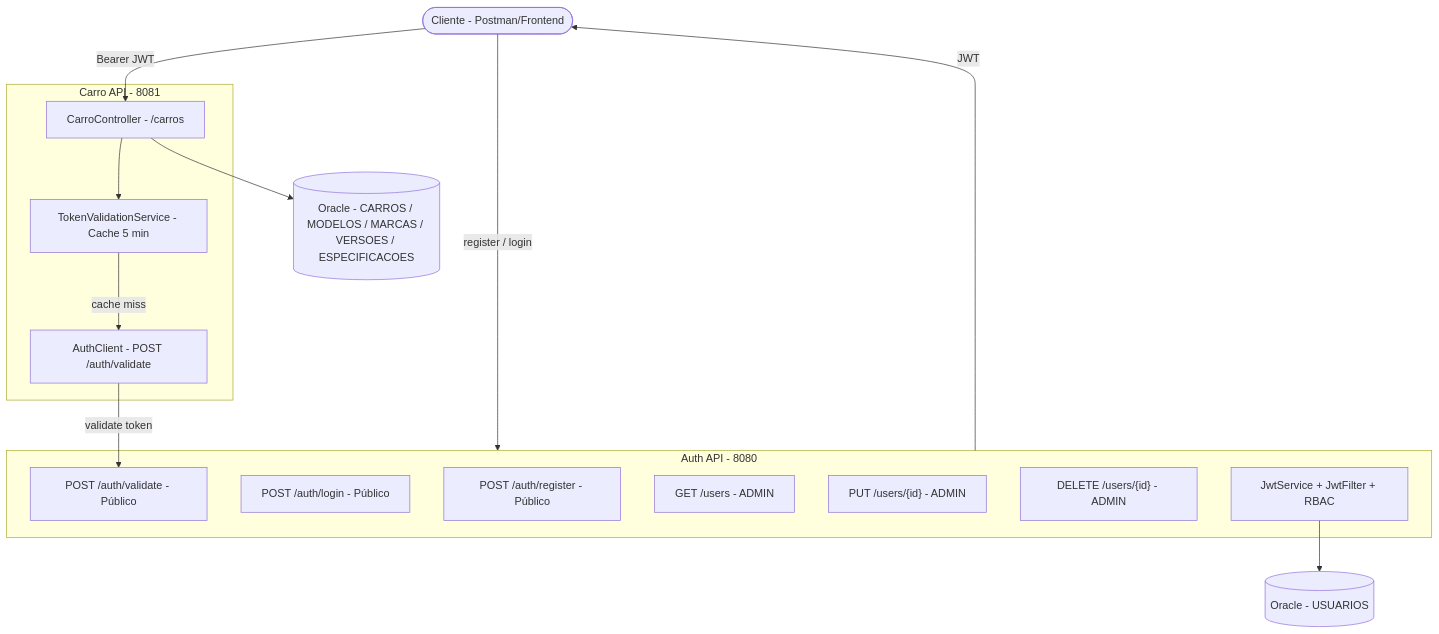
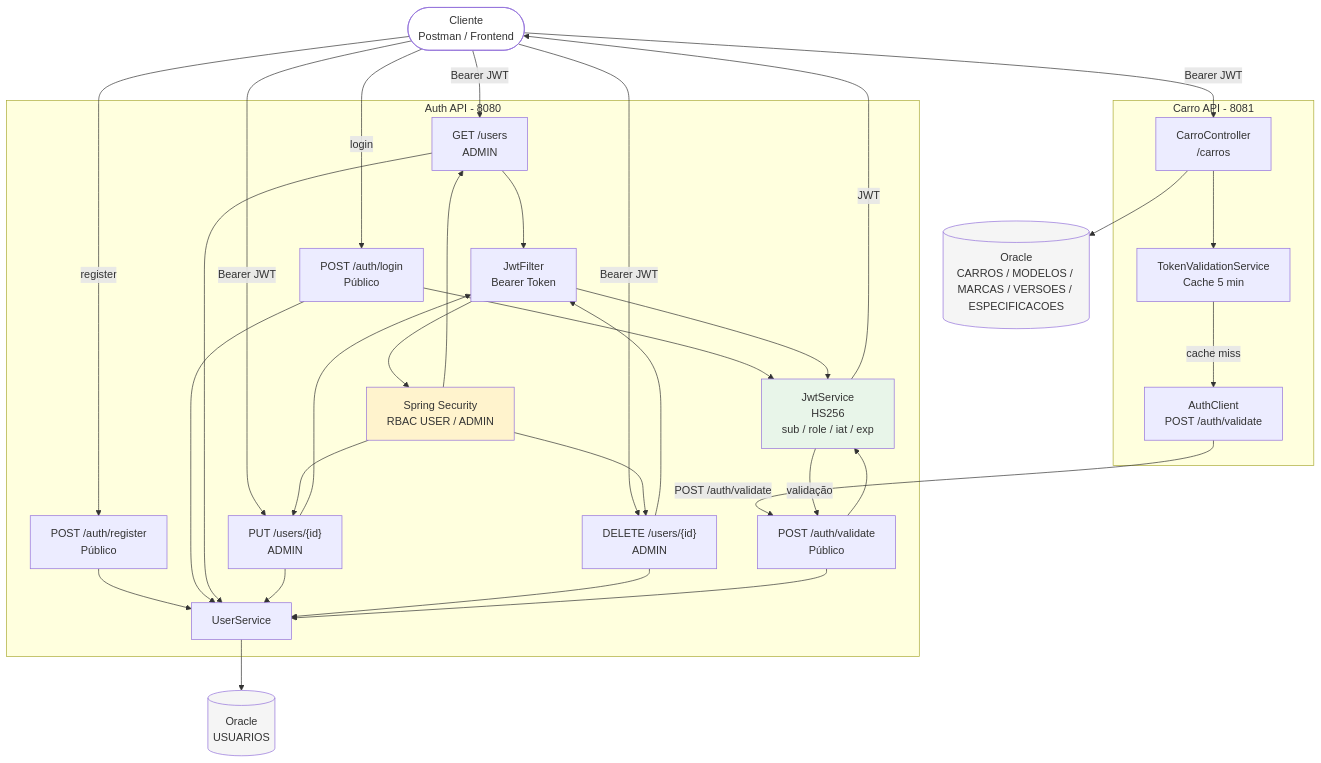
One commit to davidcordeiro15/Auth-API changed the diagram in README.md. Above: the diagram before and after it, drawn with Mermaid. The commit also changed other lines of this file, not shown here.

````diff
--- a/README.md
+++ b/README.md
@@ -304,34 +726,70 @@
 ```mermaid
 flowchart TD
-    C([Cliente - Postman/Frontend])
+    C([Cliente<br/>Postman / Frontend])
 
-    subgraph AuthAPI["Auth API - 8080"]
-        R["POST /auth/register - Público"]
-        L["POST /auth/login - Público"]
-        V["POST /auth/validate - Público"]
-        U["GET /users - ADMIN"]
-        UP["PUT /users/{id} - ADMIN"]
-        D["DELETE /users/{id} - ADMIN"]
-        AUTH["JwtService + JwtFilter + RBAC"]
+    subgraph AUTH["Auth API - 8080"]
+        R["POST /auth/register<br/>Público"]
+        L["POST /auth/login<br/>Público"]
+        V["POST /auth/validate<br/>Público"]
+        U["GET /users<br/>ADMIN"]
+        UP["PUT /users/{id}<br/>ADMIN"]
+        D["DELETE /users/{id}<br/>ADMIN"]
+        JWT["JwtService<br/>HS256<br/>sub / role / iat / exp"]
+        FILTER["JwtFilter<br/>Bearer Token"]
+        RBAC["Spring Security<br/>RBAC USER / ADMIN"]
+        SERVICE["UserService"]
     end
 
-    subgraph CarroAPI["Carro API - 8081"]
-        CAR["CarroController - /carros"]
-        VAL["TokenValidationService - Cache 5 min"]
-        AC["AuthClient - POST /auth/validate"]
+    subgraph CARRO["Carro API - 8081"]
+        CAR["CarroController<br/>/carros"]
+        VAL["TokenValidationService<br/>Cache 5 min"]
+        AC["AuthClient<br/>POST /auth/validate"]
     end
 
-    DB_AUTH[(Oracle - USUARIOS)]
-    DB_CARRO[(Oracle - CARROS / MODELOS / MARCAS / VERSOES / ESPECIFICACOES)]
+    DB_AUTH[(Oracle<br/>USUARIOS)]
+    DB_CARRO[(Oracle<br/>CARROS / MODELOS / MARCAS / VERSOES / ESPECIFICACOES)]
 
-    C -->|register / login| AuthAPI
-    AuthAPI -->|JWT| C
+    C -->|register| R
+    C -->|login| L
+
+    R --> SERVICE
+    L --> SERVICE
+    SERVICE --> DB_AUTH
+
+    L --> JWT
+    JWT -->|JWT| C
+
+    C -->|Bearer JWT| U
+    C -->|Bearer JWT| UP
+    C -->|Bearer JWT| D
+
+    U --> FILTER
+    UP --> FILTER
+    D --> FILTER
+
+    FILTER --> JWT
+    FILTER --> RBAC
+    RBAC --> U
+    RBAC --> UP
+    RBAC --> D
+
+    U --> SERVICE
+    UP --> SERVICE
+    D --> SERVICE
 
     C -->|Bearer JWT| CAR
     CAR --> VAL
     VAL -->|cache miss| AC
-    AC -->|validate token| V
+    AC -->|POST /auth/validate| V
+    V --> JWT
+    JWT -->|validação| V
+    V --> SERVICE
 
-    AUTH --> DB_AUTH
     CAR --> DB_CARRO
+
+    style C fill:#ffffff
+    style DB_AUTH fill:#f5f5f5
+    style DB_CARRO fill:#f5f5f5
+    style JWT fill:#e8f5e9
+    style RBAC fill:#fff3cd
 ```
````
